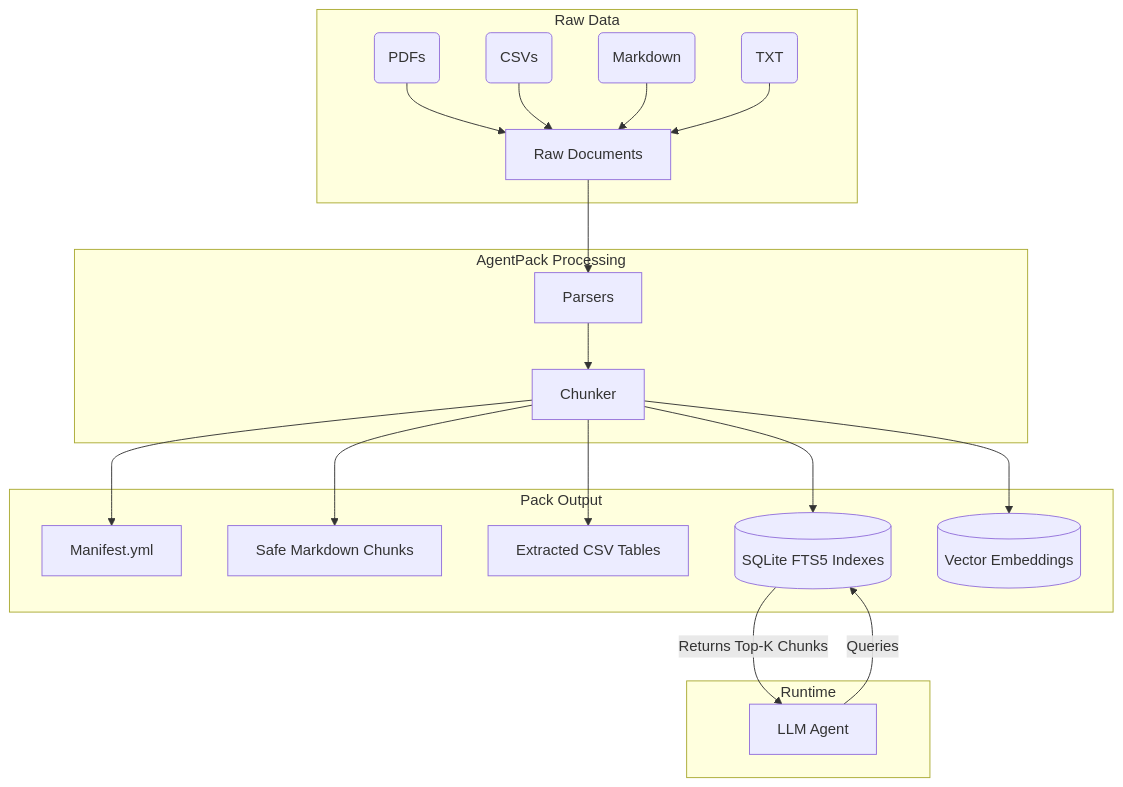
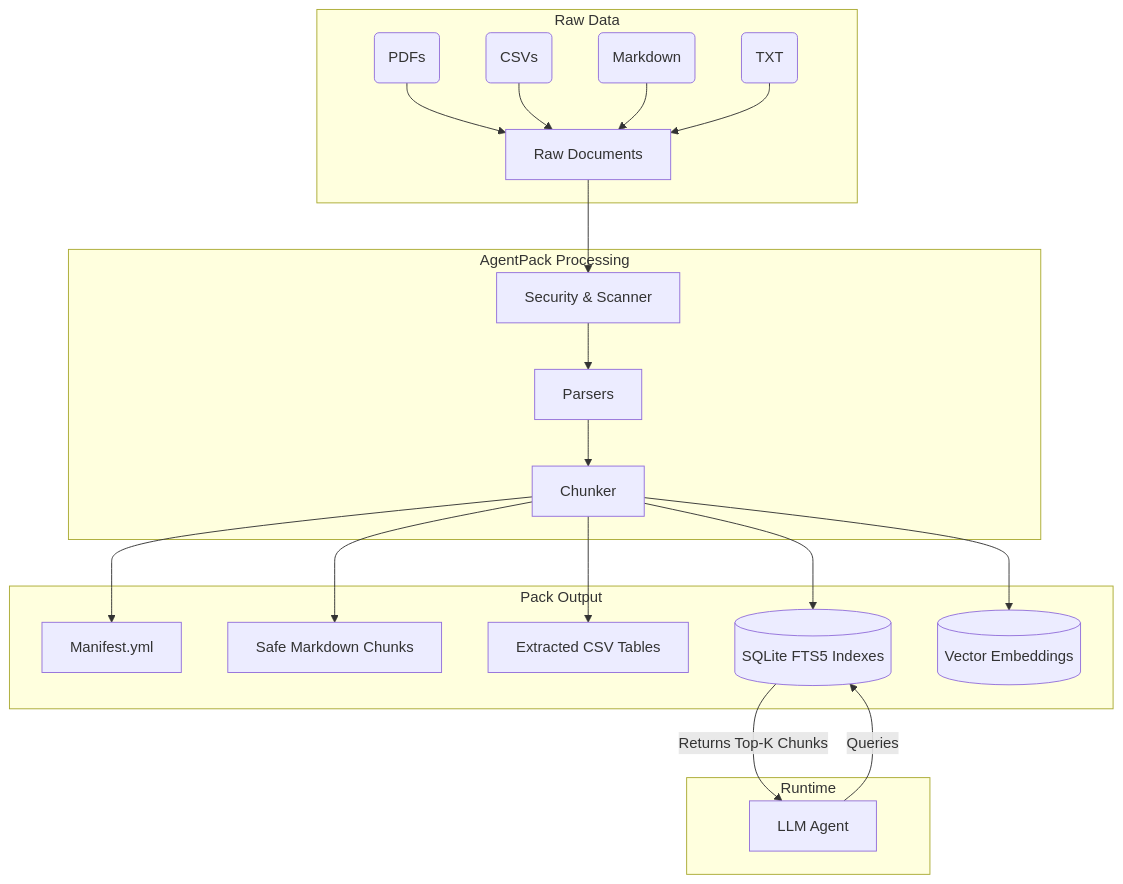
Before and after one commit to Vedant1202/agentpack: the diagram in docs/architecture.md, drawn with Mermaid. The commit also changed other lines of this file and 2 other files, not shown here.

Commit message:
docs: update architecture and CLI reference with security features

````diff
--- a/docs/architecture.md
+++ b/docs/architecture.md
@@ -7,37 +7,39 @@
 ```mermaid
 flowchart TD
     subgraph Raw Data
         A[Raw Documents]
         A1(PDFs) --> A
         A2(CSVs) --> A
         A3(Markdown) --> A
         A4(TXT) --> A
     end
 
     subgraph AgentPack Processing
+        S[Security & Scanner]
+        A --> S
         B[Parsers]
-        A --> B
+        S --> B
         C[Chunker]
         B --> C
     end
 
     subgraph Pack Output
         D[Manifest.yml]
         E[Safe Markdown Chunks]
         F[Extracted CSV Tables]
         G[(SQLite FTS5 Indexes)]
         V[(Vector Embeddings)]
         
         C --> D
         C --> E
         C --> F
         C --> G
         C --> V
     end
 
     subgraph Runtime
         H[LLM Agent]
         H -->|Queries| G
         G -->|Returns Top-K Chunks| H
     end
 ```
````
